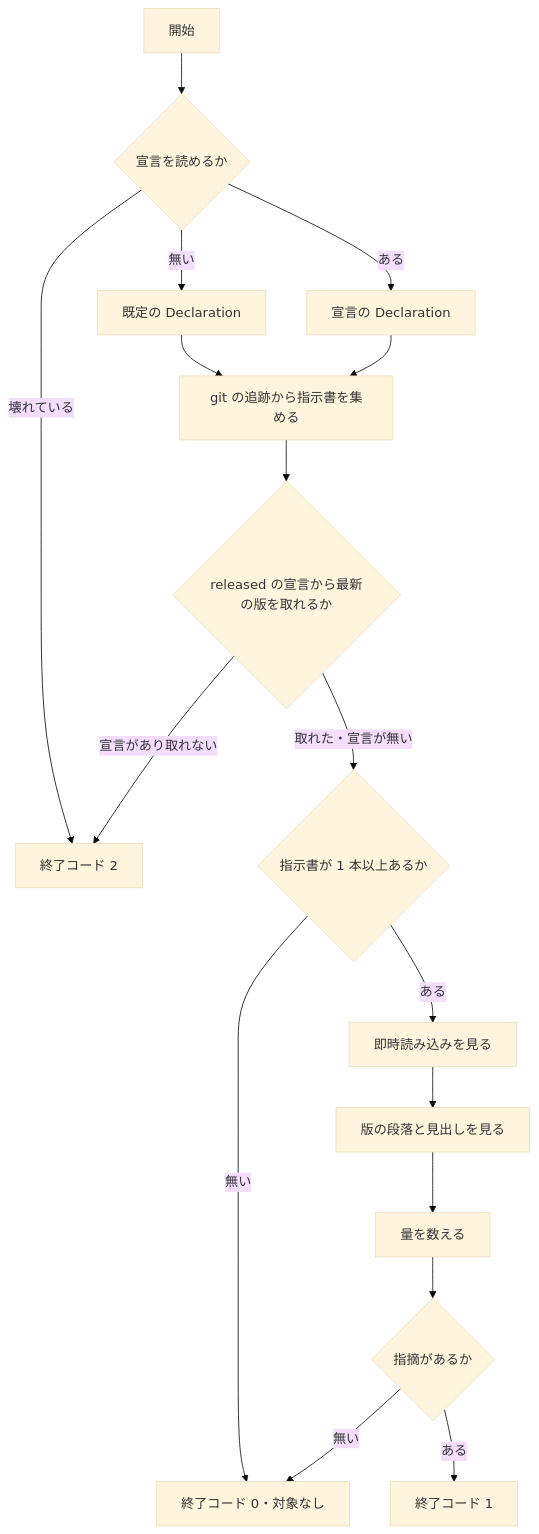
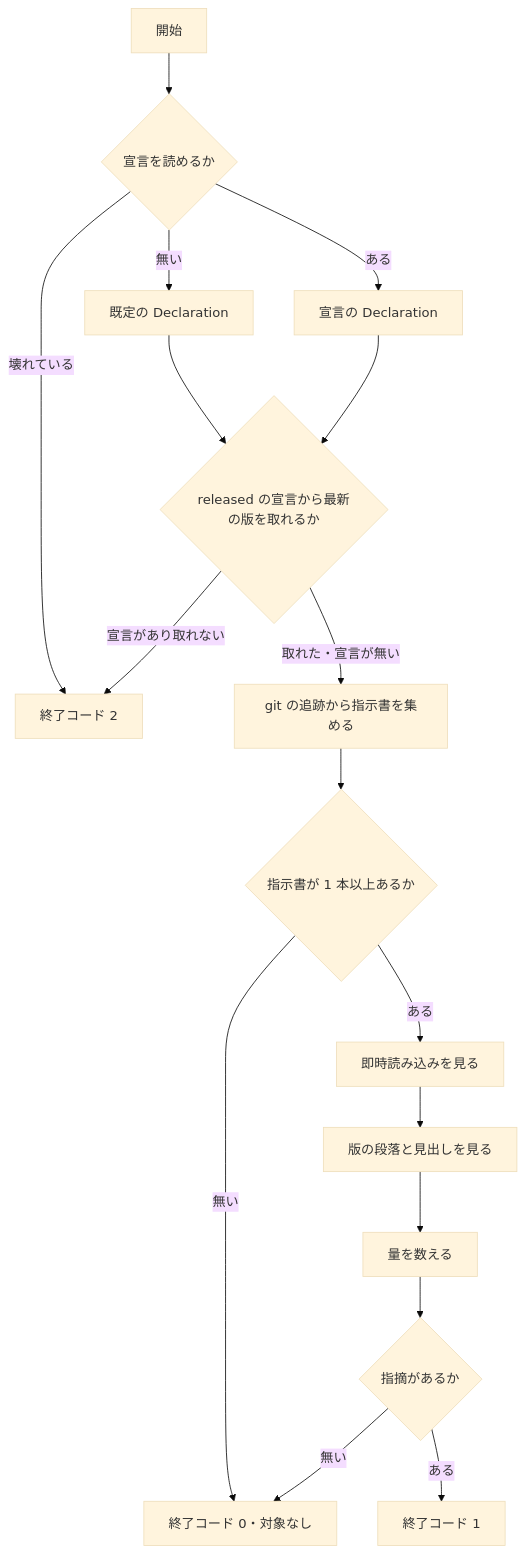
One commit to devbasex/ai-plugins changed the fifth of 5 diagrams in issues/issue-554-design.md. Above: the diagram before and after it, drawn with Mermaid (base theme). The commit also changed other lines of this file and 1 other file, not shown here.

````diff
--- a/issues/issue-554-design.md
+++ b/issues/issue-554-design.md
@@ -217,19 +223,19 @@
 ```mermaid
 graph TD
     S[開始] --> D{宣言を読めるか}
     D -->|壊れている| E2[終了コード 2]
     D -->|無い| DEF[既定の Declaration]
     D -->|ある| USE[宣言の Declaration]
-    DEF --> COL[git の追跡から指示書を集める]
-    USE --> COL
-    COL --> MAX{released の宣言から最新の版を取れるか}
+    DEF --> MAX{released の宣言から最新の版を取れるか}
+    USE --> MAX
     MAX -->|宣言があり取れない| E2
-    MAX -->|取れた・宣言が無い| N{指示書が 1 本以上あるか}
+    MAX -->|取れた・宣言が無い| COL[git の追跡から指示書を集める]
+    COL --> N{指示書が 1 本以上あるか}
     N -->|無い| E0[終了コード 0・対象なし]
     N -->|ある| IMP[即時読み込みを見る]
     IMP --> VER[版の段落と見出しを見る]
     VER --> BUD[量を数える]
     BUD --> R{指摘があるか}
     R -->|ある| E1[終了コード 1]
     R -->|無い| E0
 ```
````
